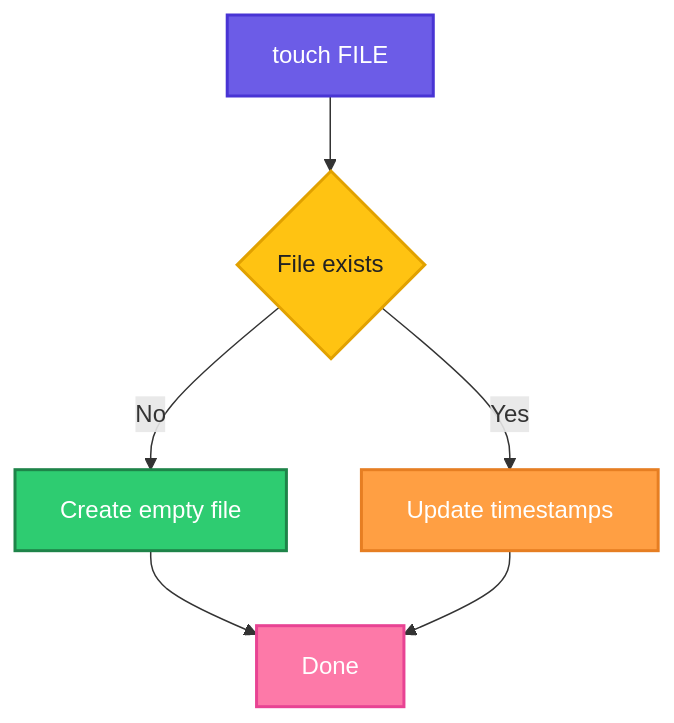
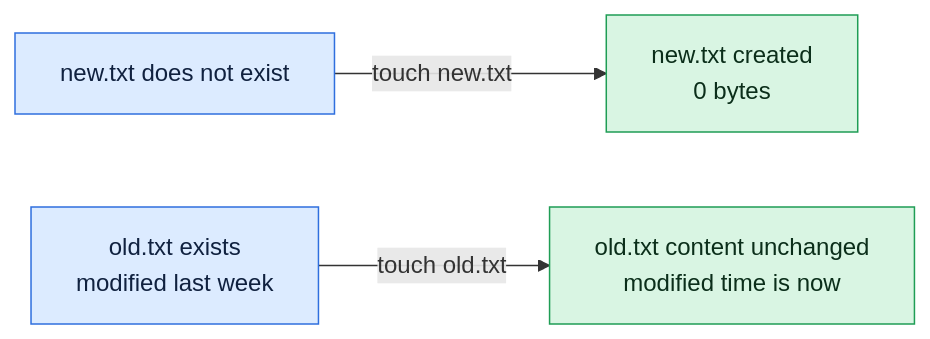
The diagram in linux/file-management/touch.md (codeKerdosTech/DevOps-Documentation), drawn with Mermaid before and after one commit. The commit also changed other lines of this file and 165 other files, not shown here.

Commit message:
updated diagrams in linux

````diff
--- a/linux/file-management/touch.md
+++ b/linux/file-management/touch.md
@@ -14,20 +14,12 @@
 ```mermaid
-flowchart TD
-    A[touch FILE] --> B{File exists}
-    B -->|No| C[Create empty file]
-    B -->|Yes| D[Update timestamps]
-    C --> E[Done]
-    D --> E
-    classDef start fill:#6C5CE7,stroke:#4834D4,stroke-width:2px,color:#fff
-    classDef proc fill:#00B8D9,stroke:#0087A8,stroke-width:2px,color:#fff
-    classDef dec fill:#FFC312,stroke:#E1A100,stroke-width:2px,color:#222
-    classDef ok fill:#2ECC71,stroke:#1E8449,stroke-width:2px,color:#fff
-    classDef err fill:#FF4757,stroke:#C0392B,stroke-width:2px,color:#fff
-    classDef out fill:#FD79A8,stroke:#E84393,stroke-width:2px,color:#fff
-    classDef alt fill:#FF9F43,stroke:#E67E22,stroke-width:2px,color:#fff
-    class A start
-    class B dec
-    class C ok
-    class D alt
-    class E out
+flowchart LR
+    i1[new.txt does not exist] -->|touch new.txt| o1[new.txt created<br/>0 bytes]
+    i2[old.txt exists<br/>modified last week] -->|touch old.txt| o2[old.txt content unchanged<br/>modified time is now]
+    classDef inp fill:#DCEBFF,stroke:#2F6FDE,color:#10213F
+    classDef cmd fill:#FFF0C2,stroke:#C98A00,color:#3A2A00
+    classDef out fill:#D9F5E3,stroke:#1F9D55,color:#0B2E1A
+    classDef bad fill:#FDE0E0,stroke:#D13B3B,color:#4A0F0F
+    classDef note fill:#ECEFF3,stroke:#7B8794,color:#1F2933
+    class i1,i2 inp
+    class o1,o2 out
 ```
````
